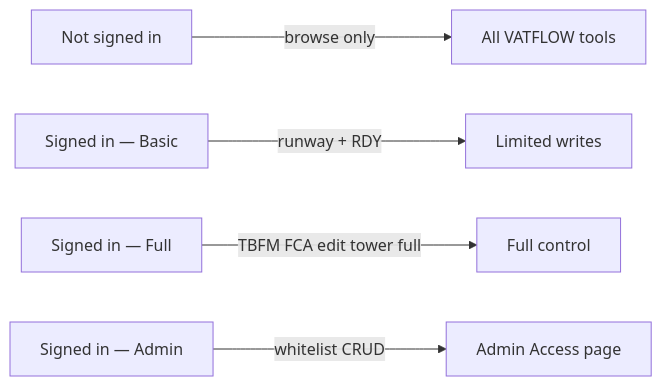
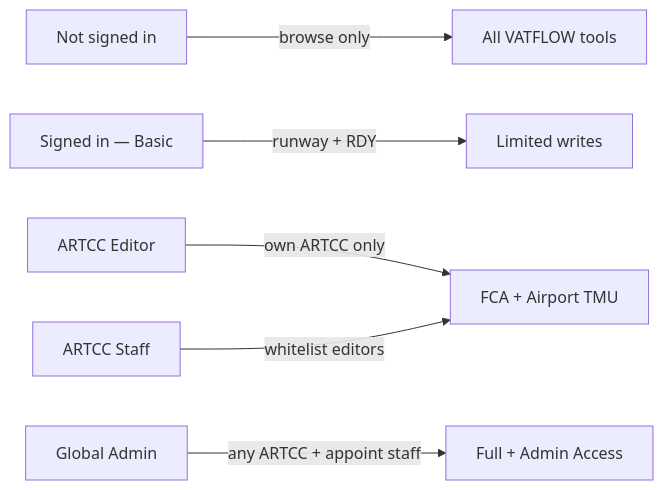
The diagram in ACCESS-AND-ADMIN.md (djbrombizzle/vatflow), drawn with Mermaid before and after one commit. The commit also changed other lines of this file and 11 other files, not shown here.

First line of the commit message:
Add ARTCC-scoped staff access and clarify VATFLOW tool roles

````diff
--- a/ACCESS-AND-ADMIN.md
+++ b/ACCESS-AND-ADMIN.md
@@ -13,12 +13,14 @@
 ```mermaid
 flowchart LR
     visitor[Not signed in]
     basic[Signed in — Basic]
-    full[Signed in — Full]
-    admin[Signed in — Admin]
+    editor[ARTCC Editor]
+    staff[ARTCC Staff]
+    admin[Global Admin]
 
     visitor -->|browse only| tools[All VATFLOW tools]
     basic -->|runway + RDY| limited[Limited writes]
-    full -->|TBFM FCA edit tower full| control[Full control]
-    admin -->|whitelist CRUD| adm[Admin Access page]
+    editor -->|own ARTCC only| scoped[FCA + Airport TMU]
+    staff -->|whitelist editors| scoped
+    admin -->|any ARTCC + appoint staff| all[Full + Admin Access]
 ```
````
